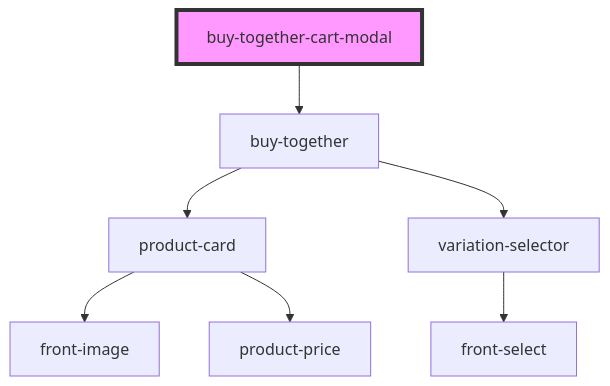
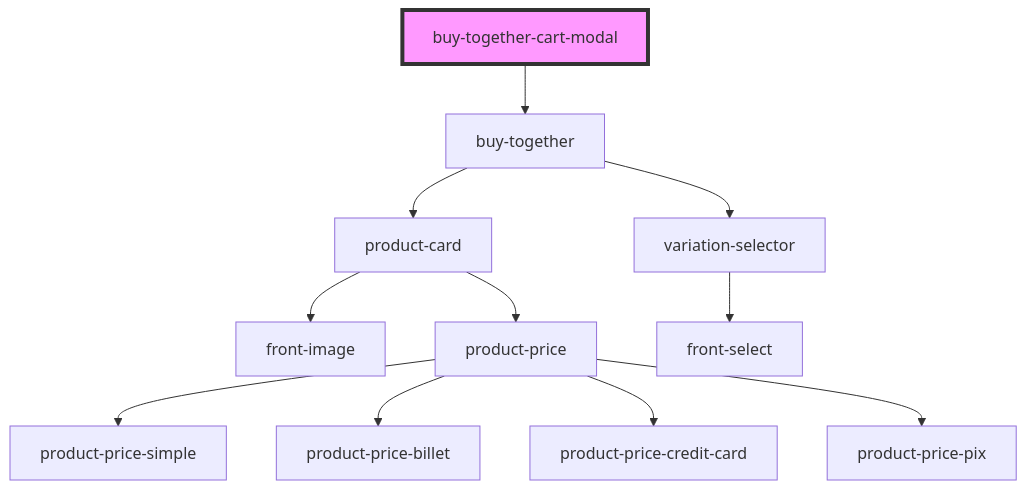
One commit to commerce-suite/storefront-components changed the diagram in src/components/buy-together-cart-modal/readme.md. Above: the diagram before and after it, drawn with Mermaid. The commit also changed 20 other files, not shown here.

````diff
--- a/src/components/buy-together-cart-modal/readme.md
+++ b/src/components/buy-together-cart-modal/readme.md
@@ -35,10 +35,14 @@
 ```mermaid
 graph TD;
   buy-together-cart-modal --> buy-together
   buy-together --> product-card
   buy-together --> variation-selector
   product-card --> front-image
   product-card --> product-price
+  product-price --> product-price-simple
+  product-price --> product-price-billet
+  product-price --> product-price-credit-card
+  product-price --> product-price-pix
   variation-selector --> front-select
   style buy-together-cart-modal fill:#f9f,stroke:#333,stroke-width:4px
 ```
````
